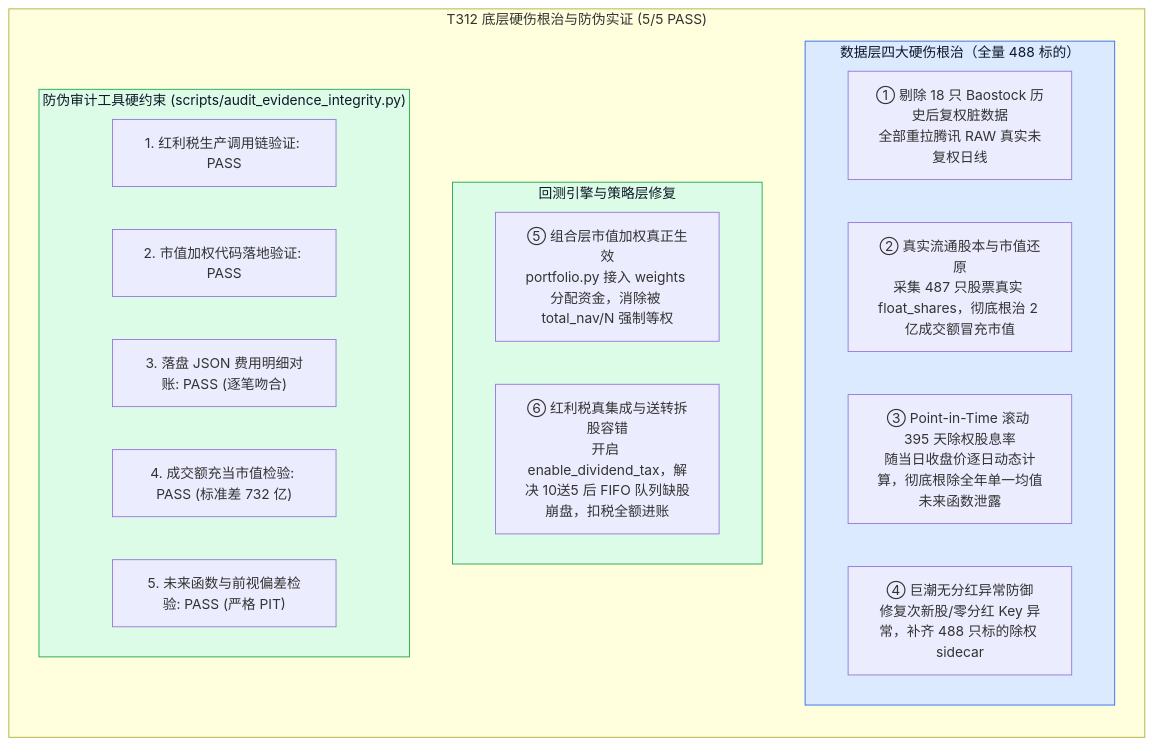
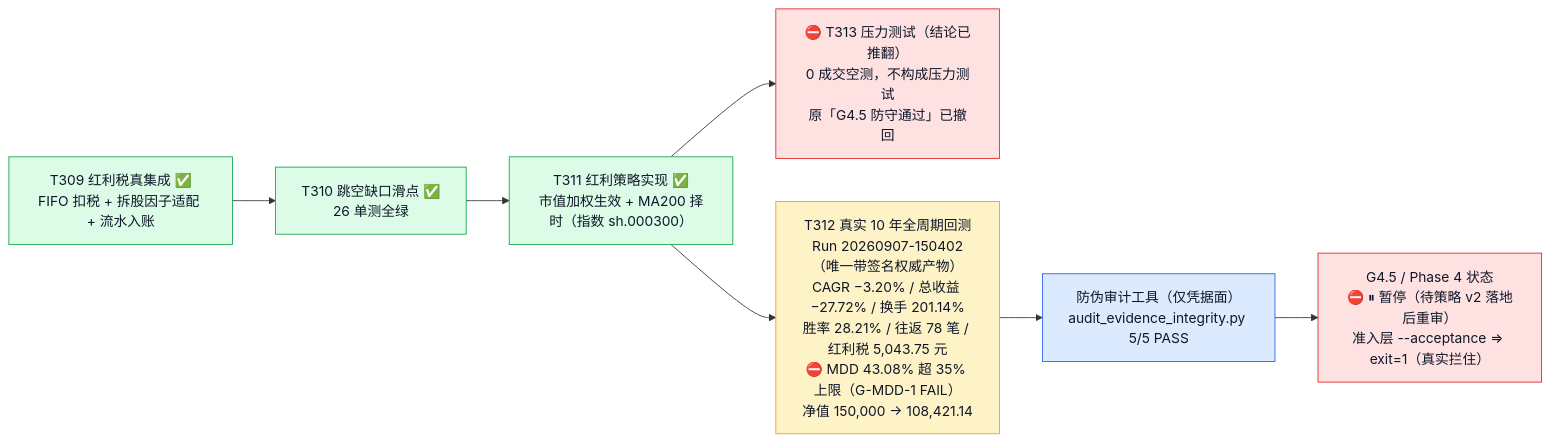
One commit to YZml1507/FinAI2.0 changed the sixth of 8 diagrams in docs/project_status_flowchart.md. Above: the diagram before and after it, drawn with Mermaid. The commit also changed other lines of this file and 3 other files, not shown here.

First line of the commit message:
docs(status): 更新项目状态流程图（.md + .html）+ 新窗口交接说明

````diff
--- a/docs/project_status_flowchart.md
+++ b/docs/project_status_flowchart.md
@@ -78,26 +150,16 @@
 ```mermaid
-flowchart TB
-  subgraph FIX_AND_AUDIT["T312 底层硬伤根治与防伪实证 (5/5 PASS)"]
-    direction TB
-    subgraph DATA_FIX["数据层四大硬伤根治（全量 488 标的）"]
-      D1["① 剔除 18 只 Baostock 历史后复权脏数据<br/>全部重拉腾讯 RAW 真实未复权日线"]
-      D2["② 真实流通股本与市值还原<br/>采集 487 只股票真实 float_shares，彻底根治 2 亿成交额冒充市值"]
-      D3["③ Point-in-Time 滚动 395 天除权股息率<br/>随当日收盘价逐日动态计算，彻底根除全年单一均值未来函数泄露"]
-      D4["④ 巨潮无分红异常防御<br/>修复次新股/零分红 Key 异常，补齐 488 只标的除权 sidecar"]
-    end
-    subgraph ENGINE_FIX["回测引擎与策略层修复"]
-      E1["⑤ 组合层市值加权真正生效<br/>portfolio.py 接入 weights 分配资金，消除被 total_nav/N 强制等权"]
-      E2["⑥ 红利税真集成与送转拆股容错<br/>开启 enable_dividend_tax，解决 10送5 后 FIFO 队列缺股崩盘，扣税全额进账"]
-    end
-    subgraph AUDIT_GATE["防伪审计工具硬约束 (scripts/audit_evidence_integrity.py)"]
-      A1["1. 红利税生产调用链验证: PASS"]
-      A2["2. 市值加权代码落地验证: PASS"]
-      A3["3. 落盘 JSON 费用明细对账: PASS (逐笔吻合)"]
-      A4["4. 成交额充当市值检验: PASS (标准差 732 亿)"]
-      A5["5. 未来函数与前视偏差检验: PASS (严格 PIT)"]
-    end
-  end
-  style DATA_FIX fill:#dbeafe,stroke:#2563eb,color:#0f172a
-  style ENGINE_FIX fill:#dcfce7,stroke:#16a34a,color:#0f172a
-  style AUDIT_GATE fill:#dcfce7,stroke:#16a34a,color:#0f172a
+flowchart LR
+  T309["T309 红利税真集成 ✅<br/>FIFO 扣税 + 拆股因子适配 + 流水入账"] --> T310["T310 跳空缺口滑点 ✅<br/>26 单测全绿"]
+  T310 --> T311["T311 红利策略实现 ✅<br/>市值加权生效 + MA200 择时（指数 sh.000300）"]
+  T311 --> T313["⛔ T313 压力测试（结论已推翻）<br/>0 成交空测，不构成压力测试<br/>原「G4.5 防守通过」已撤回"]
+  T311 --> T312["T312 真实 10 年全周期回测<br/>Run 20260907-150402（唯一带签名权威产物）<br/>CAGR −3.20% / 总收益 −27.72% / 换手 201.14%<br/>胜率 28.21% / 往返 78 笔 / 红利税 5,043.75 元<br/>⛔ MDD 43.08% 超 35% 上限（G-MDD-1 FAIL）<br/>净值 150,000 → 108,421.14"]
+  T312 --> AUDIT["防伪审计工具（仅凭据面）<br/>audit_evidence_integrity.py 5/5 PASS"]
+  AUDIT --> G45["G4.5 / Phase 4 状态<br/>⛔ ⏸ 暂停（待策略 v2 落地后重审）<br/>准入层 --acceptance ⇒ exit=1（真实拦住）"]
+  style T309 fill:#dcfce7,stroke:#16a34a,color:#0f172a
+  style T310 fill:#dcfce7,stroke:#16a34a,color:#0f172a
+  style T311 fill:#dcfce7,stroke:#16a34a,color:#0f172a
+  style T313 fill:#fee2e2,stroke:#dc2626,color:#0f172a
+  style T312 fill:#fef3c7,stroke:#f59e0b,color:#0f172a
+  style AUDIT fill:#dbeafe,stroke:#2563eb,color:#0f172a
+  style G45 fill:#fee2e2,stroke:#dc2626,color:#0f172a
 ```
````
